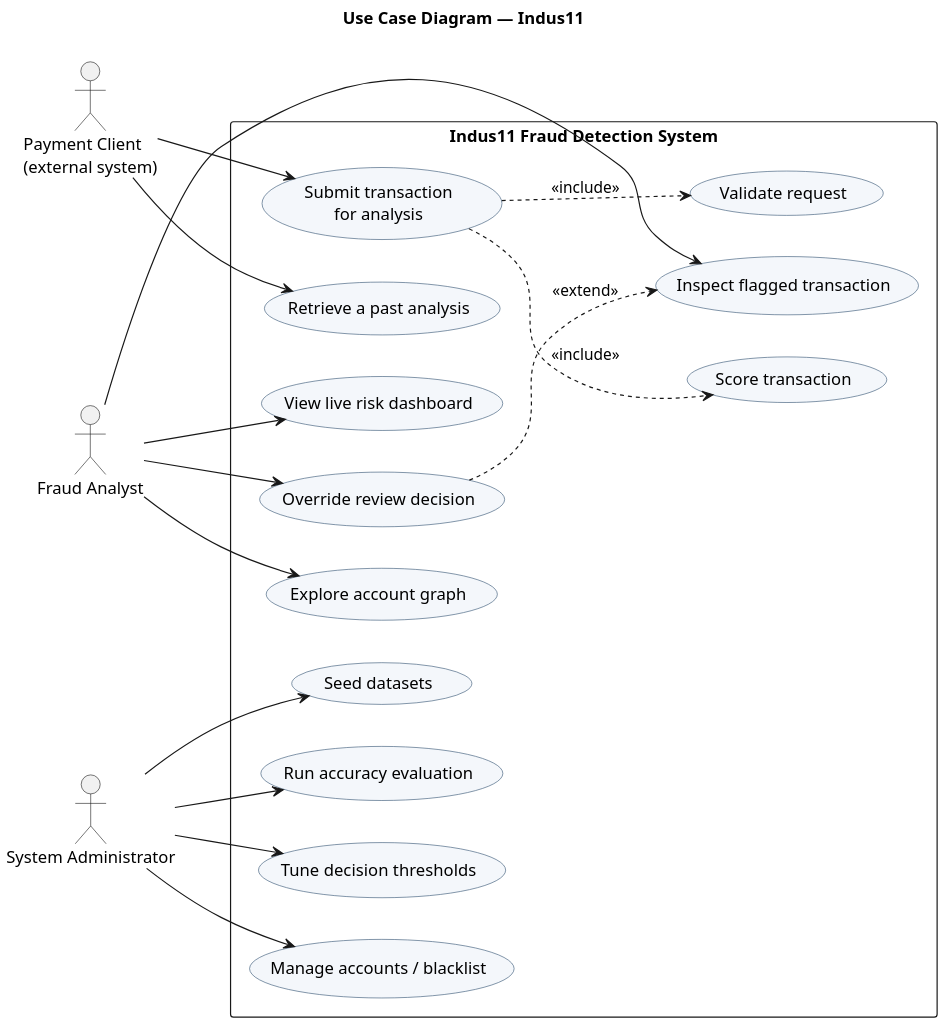
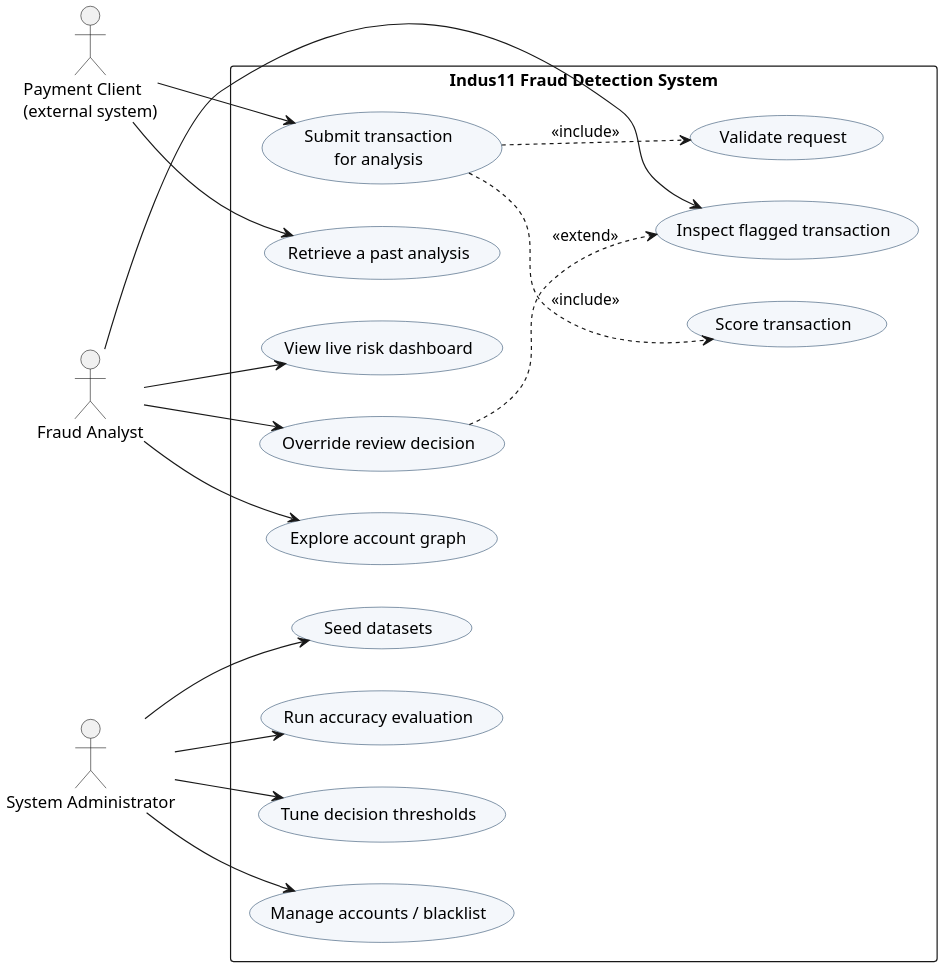
One commit to OMJOSHI15/indus11 changed the diagram in docs/diagrams/02-usecase.puml. Above: the diagram before and after it, drawn with PlantUML. The commit also changed 34 other files, not shown here.

```diff
--- a/docs/diagrams/02-usecase.puml
+++ b/docs/diagrams/02-usecase.puml
@@ -1,42 +1,41 @@
 @startuml
 skinparam dpi 200
 skinparam backgroundColor white
 skinparam shadowing false
 skinparam defaultFontName Times New Roman
 skinparam usecase {
   BorderColor #2F4F6F
   BackgroundColor #F4F7FB
 }
 left to right direction
-title Use Case Diagram — Indus11
 actor "Payment Client\n(external system)" as PC
 actor "Fraud Analyst" as FA
 actor "System Administrator" as SA
 rectangle "Indus11 Fraud Detection System" {
   usecase "Submit transaction\nfor analysis" as UC1
   usecase "Validate request" as UC1a
   usecase "Score transaction" as UC1b
   usecase "Retrieve a past analysis" as UC2
   usecase "View live risk dashboard" as UC3
   usecase "Inspect flagged transaction" as UC4
   usecase "Override review decision" as UC5
   usecase "Explore account graph" as UC6
   usecase "Seed datasets" as UC7
   usecase "Run accuracy evaluation" as UC8
   usecase "Tune decision thresholds" as UC9
   usecase "Manage accounts / blacklist" as UC10
 }
 PC --> UC1
 PC --> UC2
 FA --> UC3
 FA --> UC4
 FA --> UC5
 FA --> UC6
 SA --> UC7
 SA --> UC8
 SA --> UC9
 SA --> UC10
 UC1 ..> UC1a : <<include>>
 UC1 ..> UC1b : <<include>>
 UC5 ..> UC4 : <<extend>>
 @enduml
```
